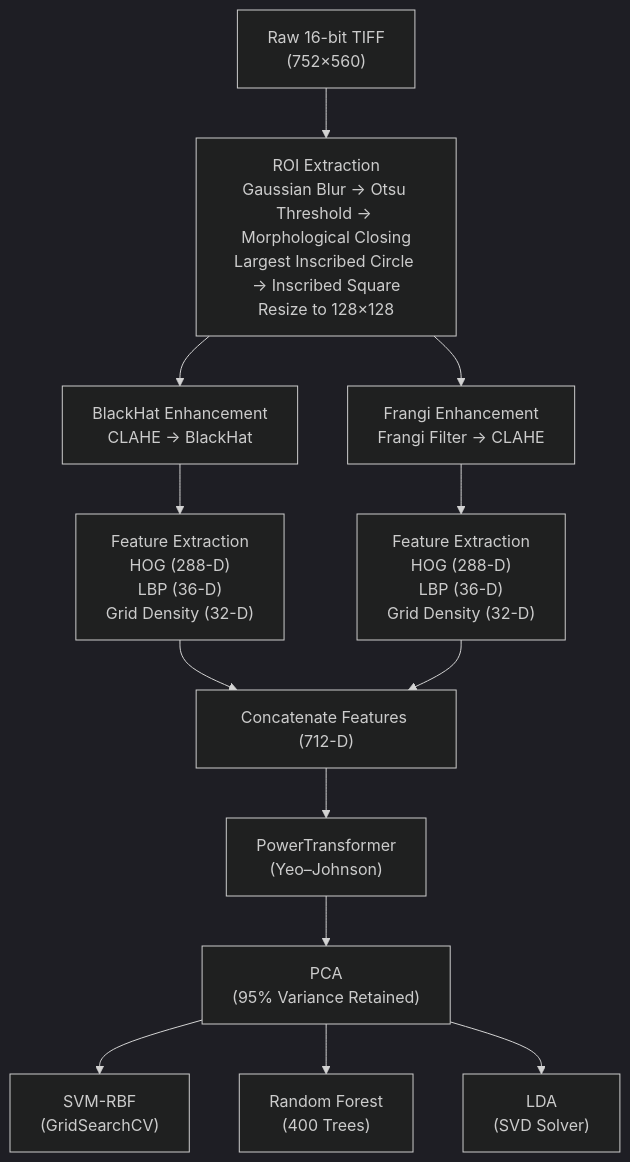
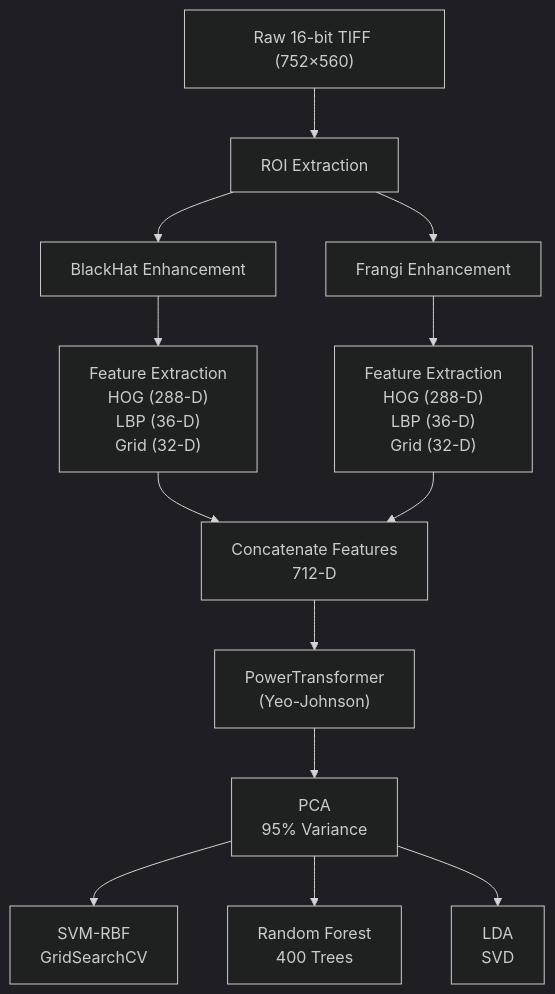
Before and after one commit to Masked-peculiarity/NIR_DorsalHandVein_Classification: the diagram in README.md, drawn with Mermaid (dark theme).

````diff
--- a/README.md
+++ b/README.md
@@ -353,22 +353,41 @@
 ```mermaid
 flowchart TD
-    A["Raw 16-bit TIFF<br/>(752×560)"]
 
-    A --> B["ROI Extraction<br/>Gaussian Blur → Otsu Threshold → Morphological Closing<br/>Largest Inscribed Circle → Inscribed Square<br/>Resize to 128×128"]
+A["Raw 16-bit TIFF (752×560)"]
+B["ROI Extraction"]
+C["BlackHat Enhancement"]
+D["Frangi Enhancement"]
+E["Feature Extraction
+HOG (288-D)
+LBP (36-D)
+Grid (32-D)"]
+F["Feature Extraction
+HOG (288-D)
+LBP (36-D)
+Grid (32-D)"]
+G["Concatenate Features
+712-D"]
+H["PowerTransformer
+(Yeo-Johnson)"]
+I["PCA
+95% Variance"]
+J["SVM-RBF
+GridSearchCV"]
+K["Random Forest
+400 Trees"]
+L["LDA
+SVD"]
 
-    B --> C["BlackHat Enhancement<br/>CLAHE → BlackHat"]
-    B --> D["Frangi Enhancement<br/>Frangi Filter → CLAHE"]
-
-    C --> E["Feature Extraction<br/>HOG (288-D)<br/>LBP (36-D)<br/>Grid Density (32-D)"]
-    D --> F["Feature Extraction<br/>HOG (288-D)<br/>LBP (36-D)<br/>Grid Density (32-D)"]
-
-    E --> G["Concatenate Features (712-D)"]
-    F --> G
-
-    G --> H["PowerTransformer<br/>(Yeo–Johnson)"]
-    H --> I["PCA<br/>(95% Variance Retained)"]
-
-    I --> J["SVM-RBF<br/>(GridSearchCV)"]
-    I --> K["Random Forest<br/>(400 Trees)"]
-    I --> L["LDA<br/>(SVD Solver)"]
+A --> B
+B --> C
+B --> D
+C --> E
+D --> F
+E --> G
+F --> G
+G --> H
+H --> I
+I --> J
+I --> K
+I --> L
 ```
````
